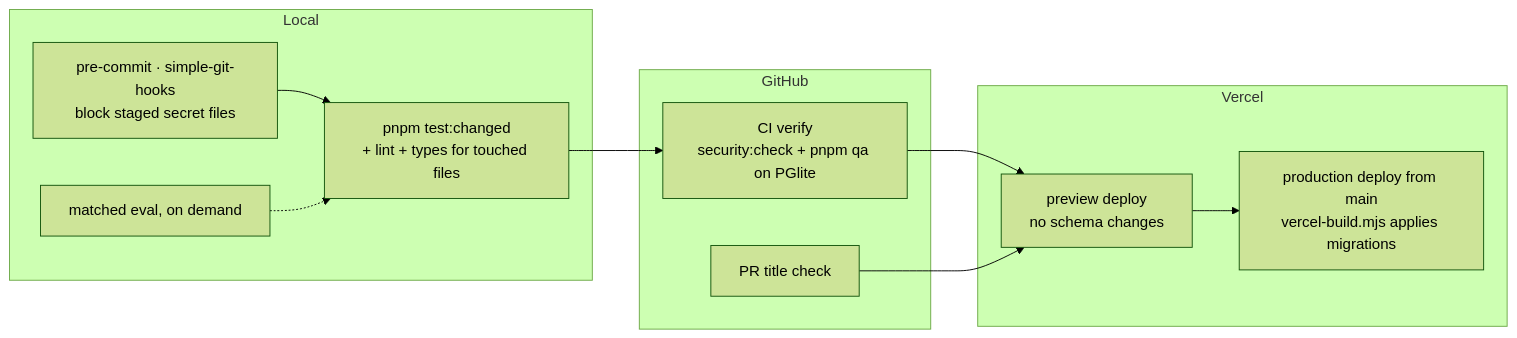
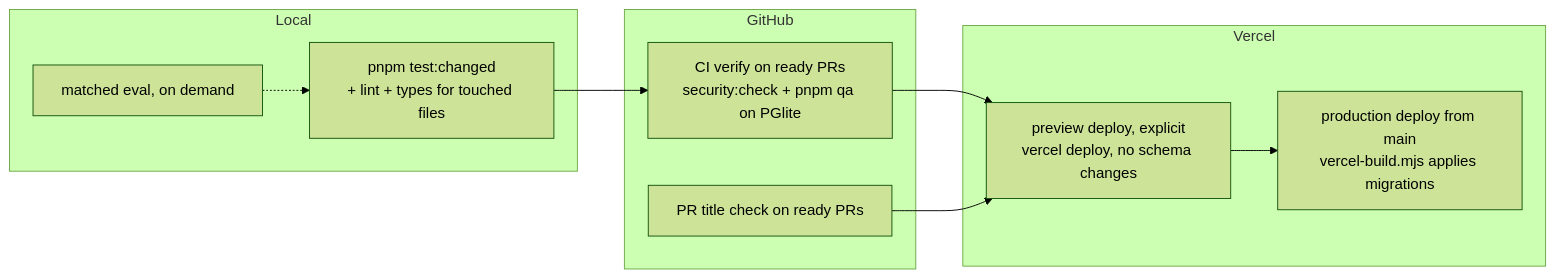
Before and after one commit to gaboesquivel/flow-signal: the fourth of 5 diagrams in docs/harness/dev-loop.md, drawn with Mermaid (forest theme). The commit also changed 58 other files, not shown here.

First line of the commit message:
ci: apply spec 048 delivery lifecycle (draft skip, main-only Vercel, no git hooks) (#32)

````diff
--- a/docs/harness/dev-loop.md
+++ b/docs/harness/dev-loop.md
@@ -54,19 +54,18 @@
 ```mermaid
 flowchart LR
   subgraph Local
-    PC[pre-commit · simple-git-hooks<br/>block staged secret files]
     TC[pnpm test:changed<br/>+ lint + types for touched files]
     EV[matched eval, on demand]
   end
   subgraph GitHub
-    CI[CI verify<br/>security:check + pnpm qa on PGlite]
-    PT[PR title check]
+    CI[CI verify on ready PRs<br/>security:check + pnpm qa on PGlite]
+    PT[PR title check on ready PRs]
   end
   subgraph Vercel
-    PV[preview deploy<br/>no schema changes]
+    PV[preview deploy, explicit<br/>vercel deploy, no schema changes]
     PR[production deploy from main<br/>vercel-build.mjs applies migrations]
   end
-  PC --> TC --> CI --> PV --> PR
+  TC --> CI --> PV --> PR
   PT --> PV
   EV -.-> TC
 ```
````
